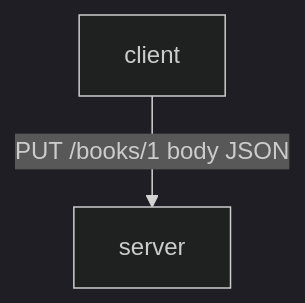
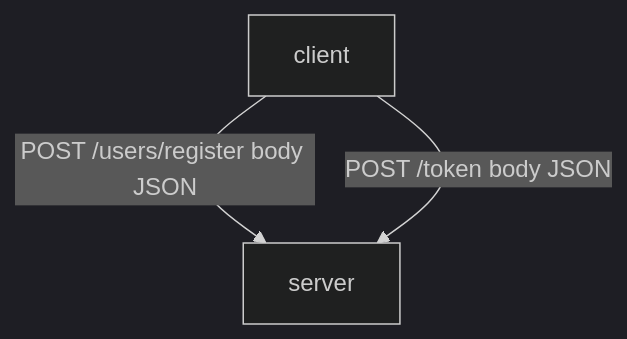
The fifth of 5 diagrams in README.md (wkktoria/Bookify), drawn with Mermaid (dark theme) before and after one commit. The commit also changed other lines of this file, not shown here.

Commit message:
Update diagrams in readme

````diff
--- a/README.md
+++ b/README.md
@@ -210,4 +209,5 @@
 ```mermaid
-flowchart TD
-    client -->|PUT /books/1 body JSON| server
+    flowchart TD
+    client -->|POST /users/register body JSON| server
+    client -->|POST /token body JSON| server
 ```
````
